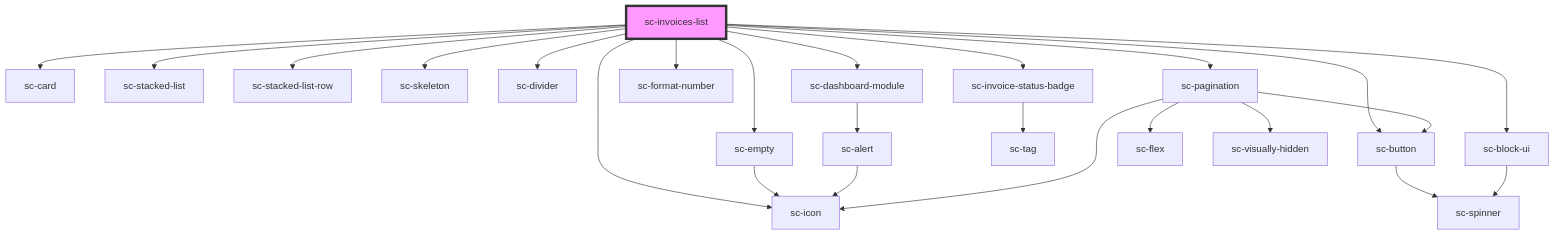
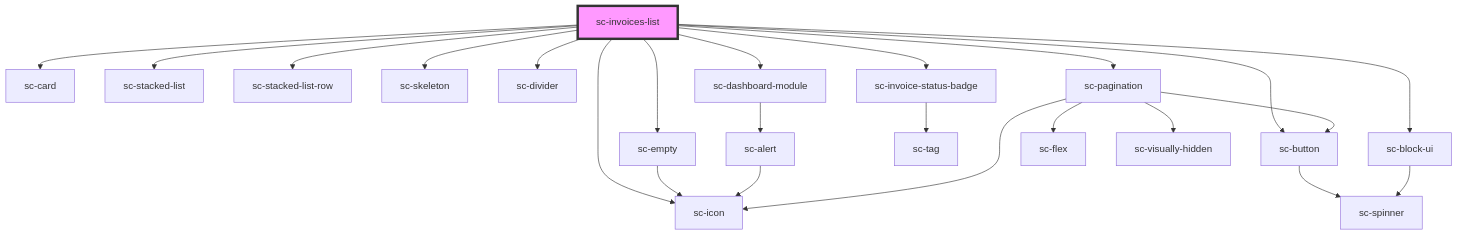
One commit to surecart/surecart-wp-plugin changed the diagram in packages/components/src/components/controllers/dashboard/invoices-list/readme.md. Above: the diagram before and after it, drawn with Mermaid. The commit also changed other lines of this file and 37 other files, not shown here.

````diff
--- a/packages/components/src/components/controllers/dashboard/invoices-list/readme.md
+++ b/packages/components/src/components/controllers/dashboard/invoices-list/readme.md
@@ -37,27 +36,26 @@
 ```mermaid
 graph TD;
   sc-invoices-list --> sc-card
   sc-invoices-list --> sc-stacked-list
   sc-invoices-list --> sc-stacked-list-row
   sc-invoices-list --> sc-skeleton
   sc-invoices-list --> sc-divider
   sc-invoices-list --> sc-empty
   sc-invoices-list --> sc-invoice-status-badge
-  sc-invoices-list --> sc-format-number
   sc-invoices-list --> sc-dashboard-module
   sc-invoices-list --> sc-button
   sc-invoices-list --> sc-icon
   sc-invoices-list --> sc-pagination
   sc-invoices-list --> sc-block-ui
   sc-empty --> sc-icon
   sc-invoice-status-badge --> sc-tag
   sc-dashboard-module --> sc-alert
   sc-alert --> sc-icon
   sc-button --> sc-spinner
   sc-pagination --> sc-flex
   sc-pagination --> sc-button
   sc-pagination --> sc-visually-hidden
   sc-pagination --> sc-icon
   sc-block-ui --> sc-spinner
   style sc-invoices-list fill:#f9f,stroke:#333,stroke-width:4px
 ```
````
